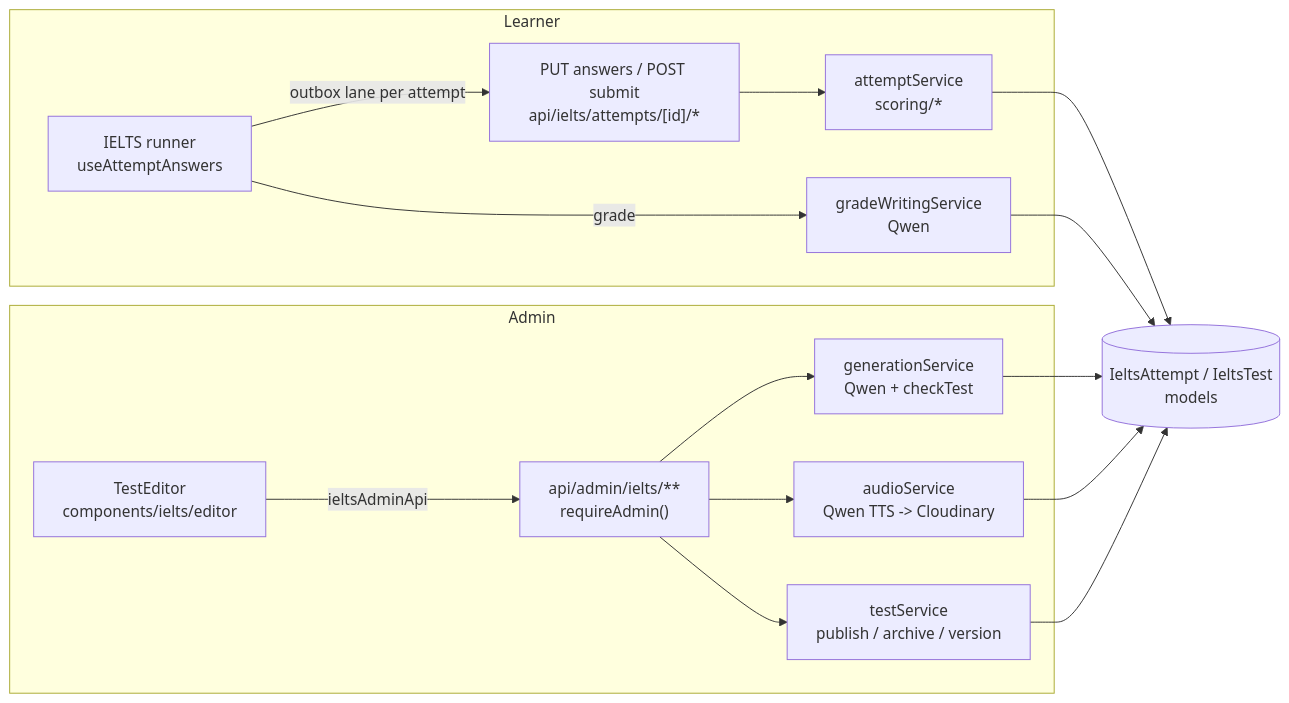
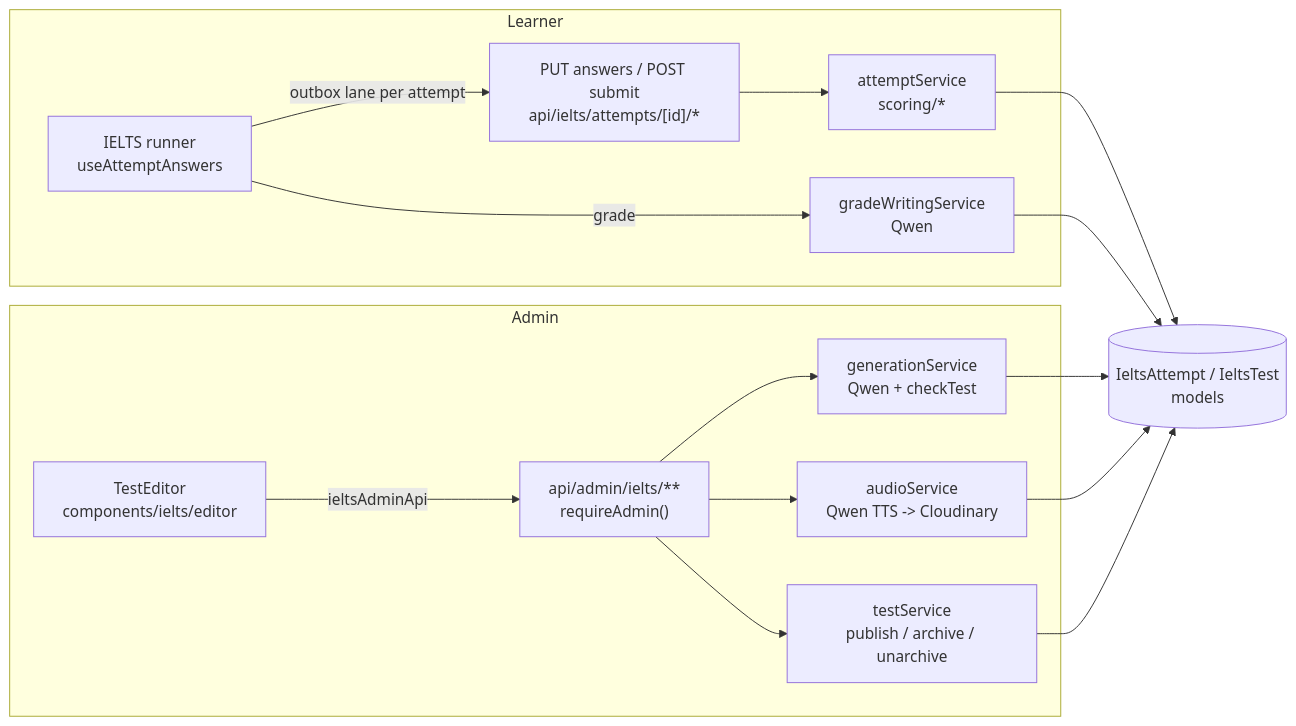
One commit to NaKMiers/English_For_Only_Me changed the fourth of 6 diagrams in docs/02-architecture.md. Above: the diagram before and after it, drawn with Mermaid. The commit also changed other lines of this file and 10 other files, not shown here.

````diff
--- a/docs/02-architecture.md
+++ b/docs/02-architecture.md
@@ -426,19 +426,19 @@
 ```mermaid
 flowchart LR
   subgraph learner["Learner"]
     RUN["IELTS runner<br/>useAttemptAnswers"] -->|outbox lane per attempt| ANS["PUT answers / POST submit<br/>api/ielts/attempts/[id]/*"]
     ANS --> ATT["attemptService<br/>scoring/*"]
     RUN -->|grade| GR["gradeWritingService<br/>Qwen"]
   end
   subgraph admin["Admin"]
     ED["TestEditor<br/>components/ielts/editor"] -->|ieltsAdminApi| AR["api/admin/ielts/**<br/>requireAdmin()"]
     AR --> GEN["generationService<br/>Qwen + checkTest"]
     AR --> AUD["audioService<br/>Qwen TTS -> Cloudinary"]
-    AR --> TS["testService<br/>publish / archive / version"]
+    AR --> TS["testService<br/>publish / archive / unarchive"]
   end
   ATT --> M[("IeltsAttempt / IeltsTest<br/>models")]
   GR --> M
   GEN --> M
   AUD --> M
   TS --> M
 ```
````
